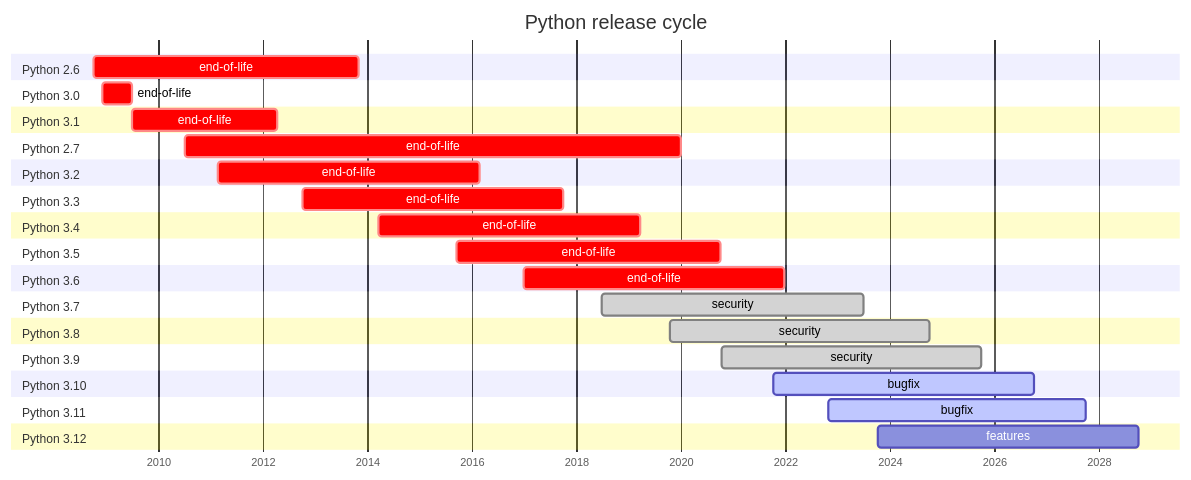
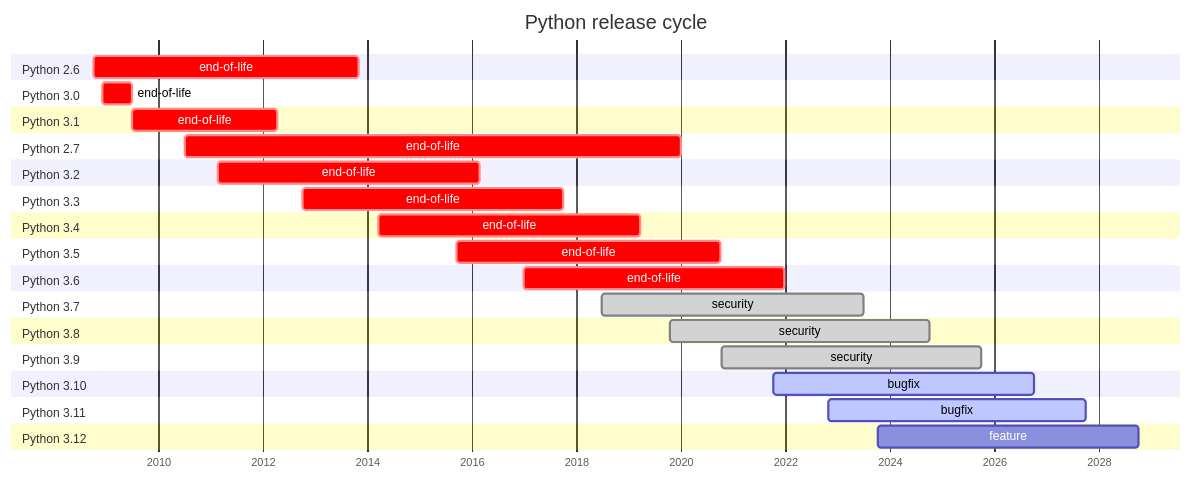
The diagram in include/release-cycle.mmd (python/devguide), drawn with Mermaid before and after one commit. The commit also changed 4 other files, not shown here.

Commit message:
Wording: features -> feature

```diff
--- a/include/release-cycle.mmd
+++ b/include/release-cycle.mmd
@@ -1,49 +1,49 @@
 gantt
     dateFormat  YYYY-MM-DD
     title       Python release cycle
     axisFormat  %Y
 
     section Python 2.6
     end-of-life               :crit,   python2.6, 2008-10-01,2013-10-29
 
     section Python 3.0
     end-of-life               :crit,   python3.0, 2008-12-03,2009-06-27
 
     section Python 3.1
     end-of-life               :crit,   python3.1, 2009-06-27,2012-04-09
 
     section Python 2.7
     end-of-life               :crit,   python2.7, 2010-07-03,2020-01-01
 
     section Python 3.2
     end-of-life               :crit,   python3.2, 2011-02-20,2016-02-20
 
     section Python 3.3
     end-of-life               :crit,   python3.3, 2012-09-29,2017-09-29
 
     section Python 3.4
     end-of-life               :crit,   python3.4, 2014-03-16,2019-03-18
 
     section Python 3.5
     end-of-life               :crit,   python3.5, 2015-09-13,2020-09-30
 
     section Python 3.6
     end-of-life               :crit,   python3.6, 2016-12-23,2021-12-23
 
     section Python 3.7
     security               :done,   python3.7, 2018-06-27,2023-06-27
 
     section Python 3.8
     security               :done,   python3.8, 2019-10-14,2024-10-01
 
     section Python 3.9
     security               :done,   python3.9, 2020-10-05,2025-10-01
 
     section Python 3.10
     bugfix               :active,   python3.10, 2021-10-04,2026-10-01
 
     section Python 3.11
     bugfix               :active,   python3.11, 2022-10-24,2027-10-01
 
     section Python 3.12
-    features               :   python3.12, 2023-10-02,2028-10-01
+    feature               :   python3.12, 2023-10-02,2028-10-01
```
